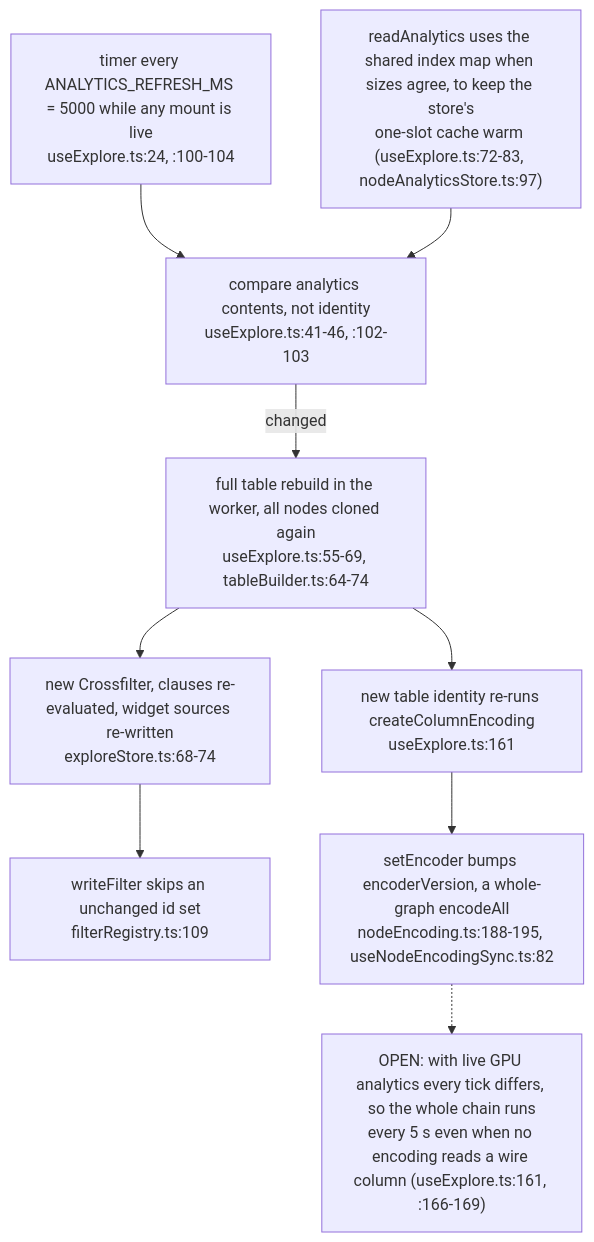
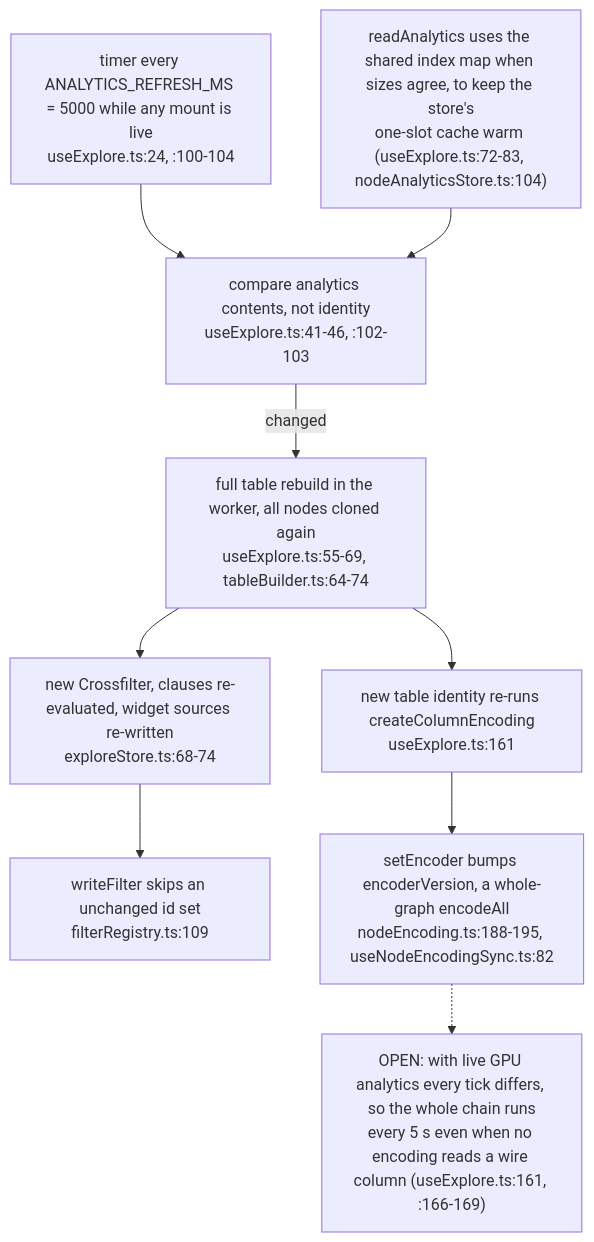
Diagram 11 of 11 in docs/diagrams/visionclaw/56-client-explore-layer.md (DreamLab-AI/VisionFlow), drawn with Mermaid before and after one commit. The commit also changed other lines of this file and 6 other files, not shown here.

First line of the commit message:
diagrams(visionclaw): re-verify VC-51..57 at visionclaw 4900ec60

````diff
--- a/docs/diagrams/visionclaw/56-client-explore-layer.md
+++ b/docs/diagrams/visionclaw/56-client-explore-layer.md
@@ -295,12 +295,12 @@
 ```mermaid
 flowchart TB
     T["timer every ANALYTICS_REFRESH_MS = 5000 while any mount is live<br/>useExplore.ts:24, :100-104"]
     T --> CMP["compare analytics contents, not identity<br/>useExplore.ts:41-46, :102-103"]
     CMP -->|"changed"| RB["full table rebuild in the worker, all nodes cloned again<br/>useExplore.ts:55-69, tableBuilder.ts:64-74"]
     RB --> XF["new Crossfilter, clauses re-evaluated, widget sources re-written<br/>exploreStore.ts:68-74"]
     XF --> DEDUP["writeFilter skips an unchanged id set<br/>filterRegistry.ts:109"]
     RB --> NEWT["new table identity re-runs createColumnEncoding<br/>useExplore.ts:161"]
     NEWT --> SE["setEncoder bumps encoderVersion, a whole-graph encodeAll<br/>nodeEncoding.ts:188-195, useNodeEncodingSync.ts:82"]
-    RA["readAnalytics uses the shared index map when sizes agree, to keep the store's<br/>one-slot cache warm (useExplore.ts:72-83, nodeAnalyticsStore.ts:97)"] --> CMP
+    RA["readAnalytics uses the shared index map when sizes agree, to keep the store's<br/>one-slot cache warm (useExplore.ts:72-83, nodeAnalyticsStore.ts:104)"] --> CMP
     SE -.-> OPEN1["OPEN: with live GPU analytics every tick differs, so the whole chain runs<br/>every 5 s even when no encoding reads a wire column (useExplore.ts:161, :166-169)"]
 ```
````
